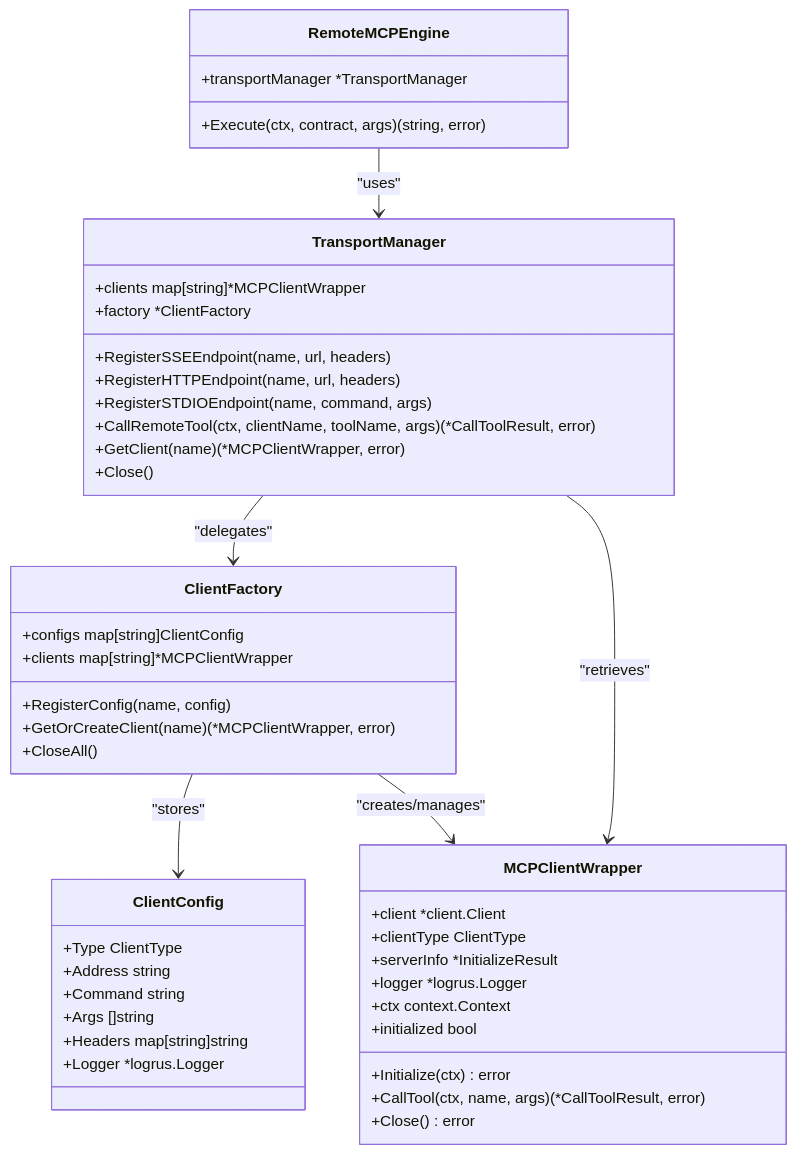
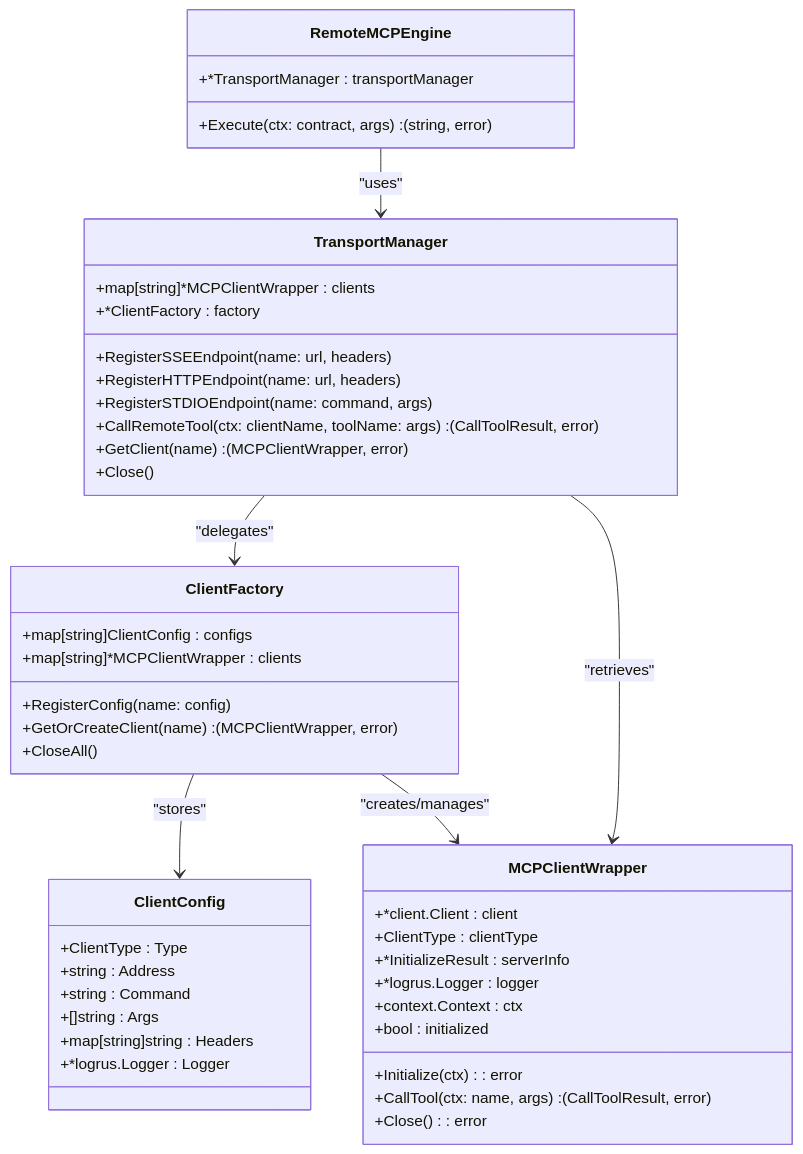
One commit to prxs-ai/praxis-go-sdk changed the first of 2 diagrams in docs/Architecture Overview/Execution Engine Abstraction/Remote MCP Execution Engine.md. Above: the diagram before and after it, drawn with Mermaid. The commit also changed other lines of this file and 141 other files, not shown here.

````diff
--- a/docs/Architecture Overview/Execution Engine Abstraction/Remote MCP Execution Engine.md
+++ b/docs/Architecture Overview/Execution Engine Abstraction/Remote MCP Execution Engine.md
@@ -31,48 +31,48 @@
 ```mermaid
 classDiagram
 class RemoteMCPEngine {
-+transportManager *TransportManager
-+Execute(ctx, contract, args) (string, error)
++*TransportManager : transportManager
++Execute(ctx: contract, args) : (string, error)
 }
 class TransportManager {
-+clients map[string]*MCPClientWrapper
-+factory *ClientFactory
-+RegisterSSEEndpoint(name, url, headers)
-+RegisterHTTPEndpoint(name, url, headers)
-+RegisterSTDIOEndpoint(name, command, args)
-+CallRemoteTool(ctx, clientName, toolName, args) (*CallToolResult, error)
-+GetClient(name) (*MCPClientWrapper, error)
++map[string]*MCPClientWrapper : clients
++*ClientFactory : factory
++RegisterSSEEndpoint(name: url, headers)
++RegisterHTTPEndpoint(name: url, headers)
++RegisterSTDIOEndpoint(name: command, args)
++CallRemoteTool(ctx: clientName, toolName: args) : (CallToolResult, error)
++GetClient(name) : (MCPClientWrapper, error)
 +Close()
 }
 class MCPClientWrapper {
-+client *client.Client
-+clientType ClientType
-+serverInfo *InitializeResult
-+logger *logrus.Logger
-+ctx context.Context
-+initialized bool
-+Initialize(ctx) error
-+CallTool(ctx, name, args) (*CallToolResult, error)
-+Close() error
++*client.Client : client
++ClientType : clientType
++*InitializeResult : serverInfo
++*logrus.Logger : logger
++context.Context : ctx
++bool : initialized
++Initialize(ctx) : error
++CallTool(ctx: name, args) : (CallToolResult, error)
++Close() : error
 }
 class ClientFactory {
-+configs map[string]ClientConfig
-+clients map[string]*MCPClientWrapper
-+RegisterConfig(name, config)
-+GetOrCreateClient(name) (*MCPClientWrapper, error)
++map[string]ClientConfig : configs
++map[string]*MCPClientWrapper : clients
++RegisterConfig(name: config)
++GetOrCreateClient(name) : (MCPClientWrapper, error)
 +CloseAll()
 }
 class ClientConfig {
-+Type ClientType
-+Address string
-+Command string
-+Args []string
-+Headers map[string]string
-+Logger *logrus.Logger
++ClientType : Type
++string : Address
++string : Command
++[]string : Args
++map[string]string : Headers
++*logrus.Logger : Logger
 }
 RemoteMCPEngine --> TransportManager : "uses"
 TransportManager --> ClientFactory : "delegates"
 ClientFactory --> ClientConfig : "stores"
 ClientFactory --> MCPClientWrapper : "creates/manages"
 TransportManager --> MCPClientWrapper : "retrieves"
 ```
````
